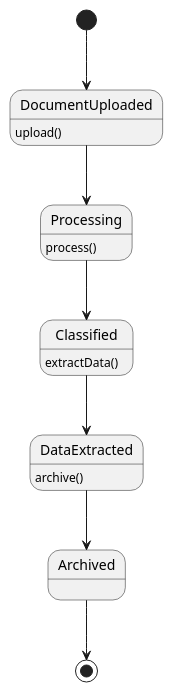
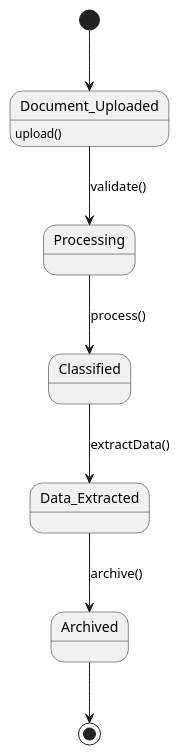
Before and after one commit to FormSculptor/Internal-Documentation: the third of 4 diagrams in daft_report.md, drawn with PlantUML. The commit also changed other lines of this file, not shown here.

````diff
--- a/daft_report.md
+++ b/daft_report.md
@@ -277,14 +232,11 @@
 ```plantuml
 @startuml
-[*] --> DocumentUploaded
-DocumentUploaded : upload()
-DocumentUploaded --> Processing
-Processing : process()
-Processing --> Classified
-Classified : extractData()
-Classified --> DataExtracted
-DataExtracted : archive()
-DataExtracted --> Archived
+[*] --> Document_Uploaded
+Document_Uploaded : upload()
+Document_Uploaded --> Processing : validate()
+Processing --> Classified : process()
+Classified --> Data_Extracted : extractData()
+Data_Extracted --> Archived : archive()
 Archived --> [*]
 @enduml
 ```
````
